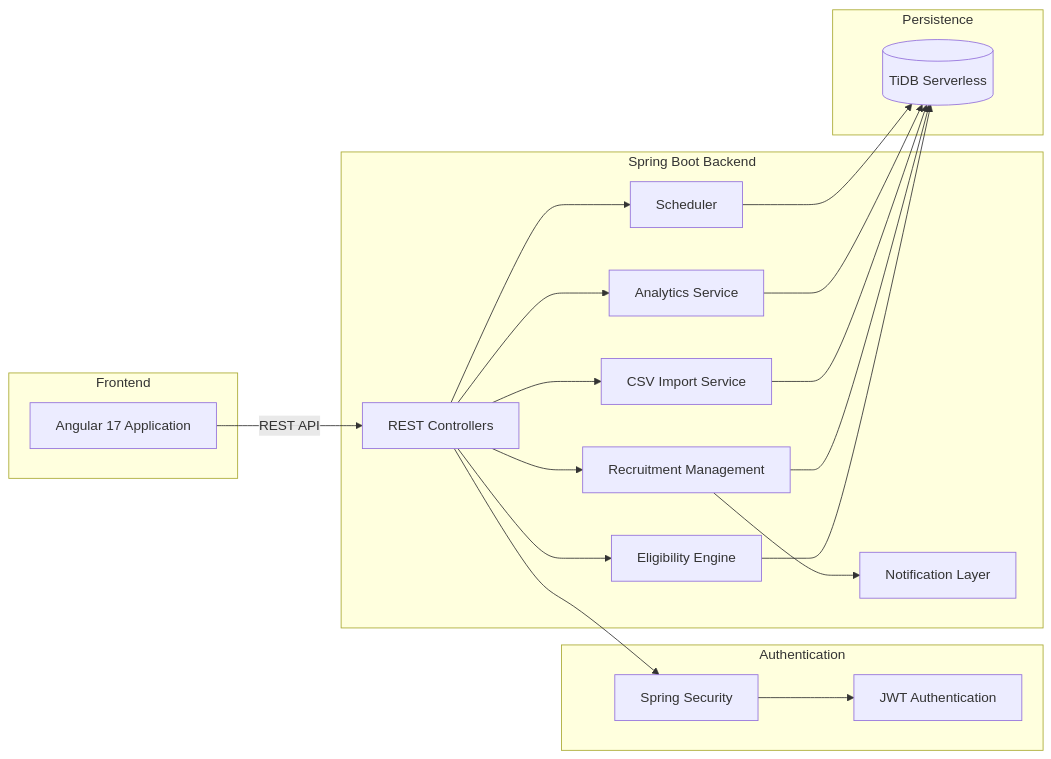
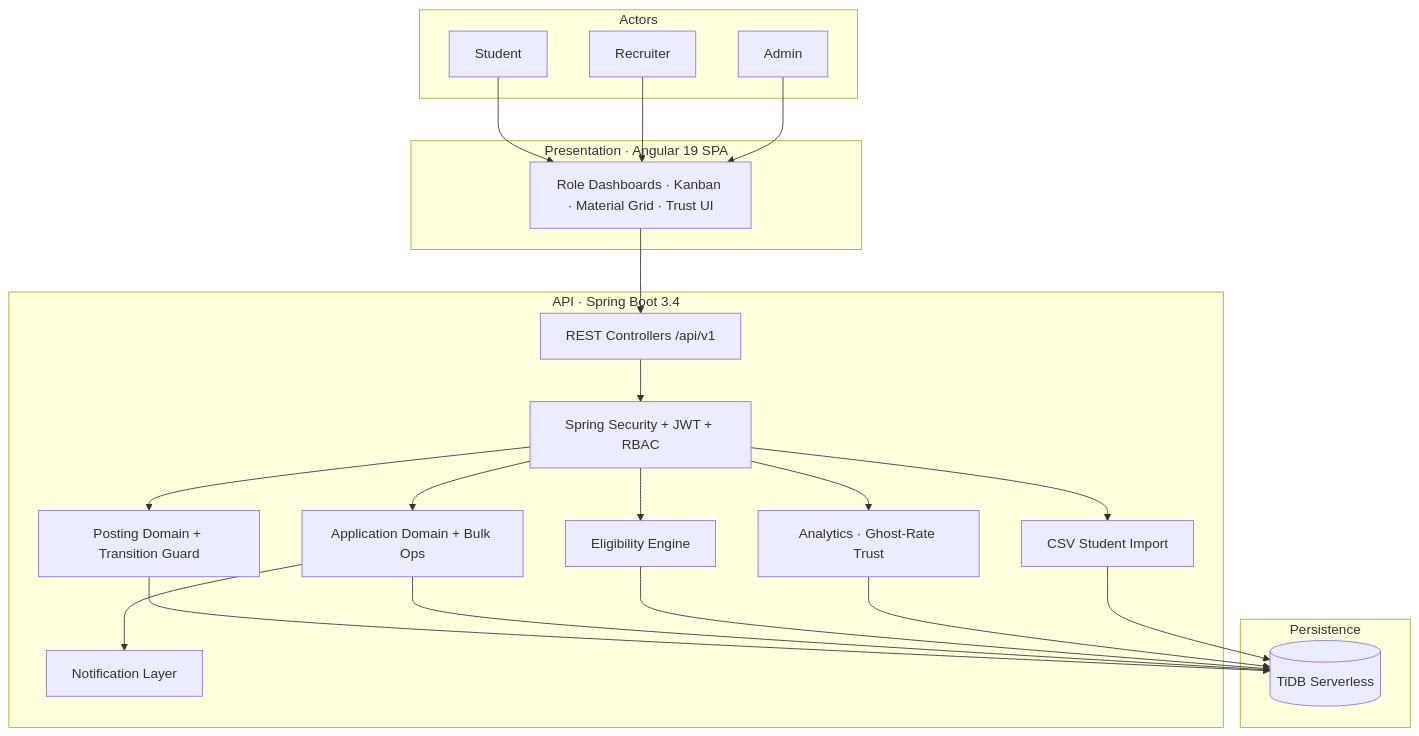
Before and after one commit to UnityNimit/CRP: the first of 5 diagrams in README.md, drawn with Mermaid. The commit also changed other lines of this file, not shown here.

````diff
--- a/README.md
+++ b/README.md
@@ -33,67 +75,32 @@
 ```mermaid
-flowchart LR
+flowchart TB
+  subgraph Actors
+    S[Student]
+    R[Recruiter]
+    A[Admin]
+  end
 
-%% ---------------- CLIENT ----------------
-subgraph CLIENT["Frontend"]
-    A[Angular 17 Application]
-end
+  subgraph Presentation["Presentation · Angular 19 SPA"]
+    UI[Role Dashboards · Kanban · Material Grid · Trust UI]
+  end
 
-%% ---------------- SECURITY ----------------
-subgraph SECURITY["Authentication"]
-    B[Spring Security]
-    C[JWT Authentication]
-end
+  subgraph API["API · Spring Boot 3.4"]
+    REST[REST Controllers /api/v1]
+    SEC[Spring Security + JWT + RBAC]
+    POST[Posting Domain + Transition Guard]
+    APP[Application Domain + Bulk Ops]
+    ELIG[Eligibility Engine]
+    AN[Analytics · Ghost-Rate Trust]
+    CSV[CSV Student Import]
+    NOTIF[Notification Layer]
+  end
 
-%% ---------------- BACKEND ----------------
-subgraph BACKEND["Spring Boot Backend"]
+  subgraph Data["Persistence"]
+    DB[(TiDB Serverless)]
+  end
 
-D[REST Controllers]
-
-E[Eligibility Engine]
-
-F[Recruitment Management]
-
-G[CSV Import Service]
-
-H[Analytics Service]
-
-I[Scheduler]
-
-J[Notification Layer]
-
-end
-
-%% ---------------- DATABASE ----------------
-subgraph DATABASE["Persistence"]
-
-K[(TiDB Serverless)]
-
-end
-
-%% ---------------- FLOW ----------------
-
-A -->|REST API| D
-
-D --> B
-
-B --> C
-
-D --> E
-
-D --> F
-
-D --> G
-
-D --> H
-
-D --> I
-
-F --> J
-
-E --> K
-F --> K
-G --> K
-H --> K
-I --> K
-
+  S & R & A --> UI --> REST --> SEC
+  SEC --> POST & APP & ELIG & AN & CSV
+  APP --> NOTIF
+  POST & APP & ELIG & AN & CSV --> DB
 ```
````
